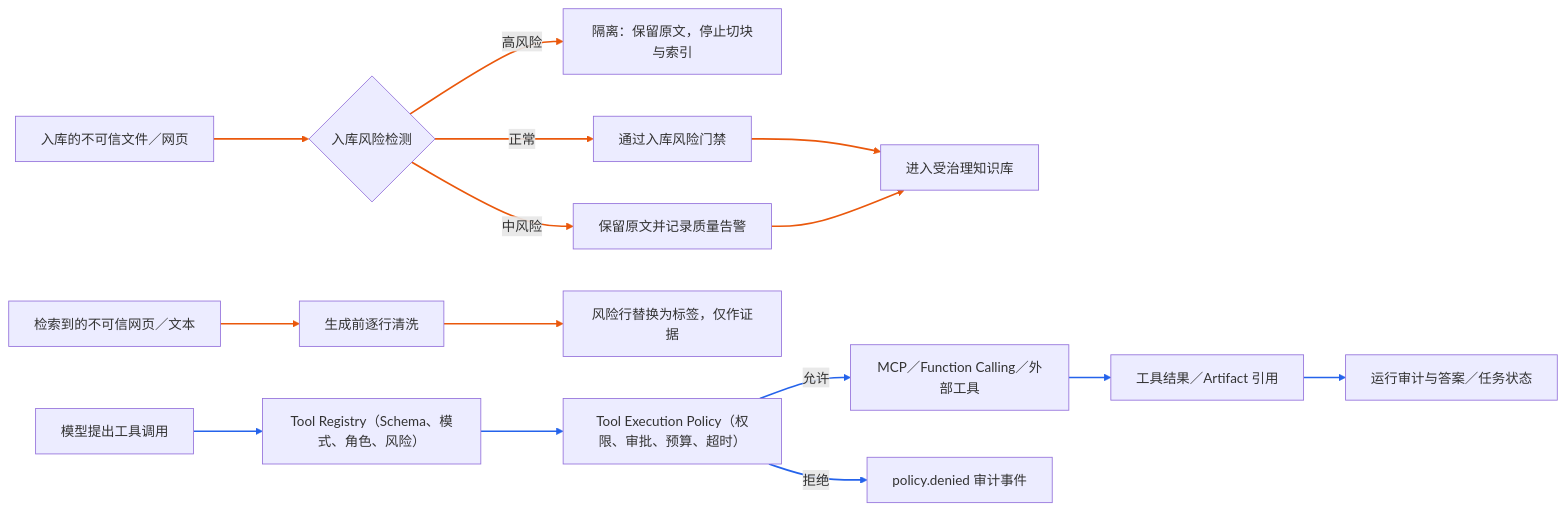
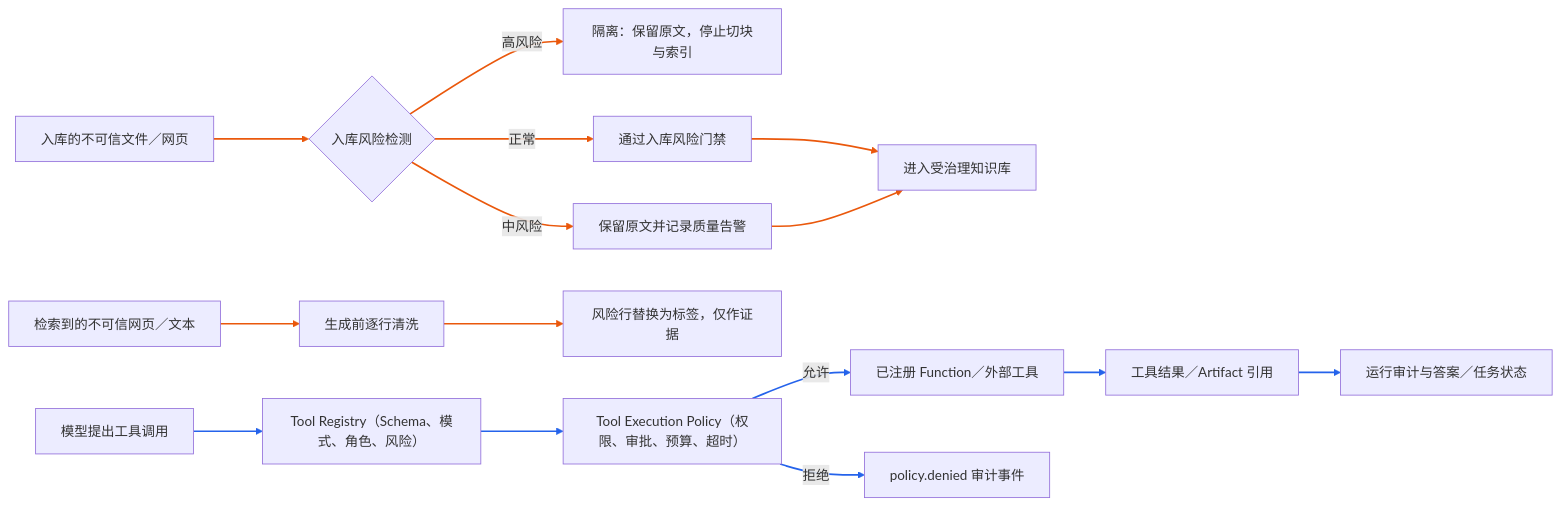
Before and after one commit to monstereatai/RAG: diagram 25 of 29 in docs/interview/功能步骤流程.md, drawn with Mermaid. The commit also changed other lines of this file and 37 other files, not shown here.

````diff
--- a/docs/interview/功能步骤流程.md
+++ b/docs/interview/功能步骤流程.md
@@ -976,19 +1107,19 @@
 ```mermaid
 flowchart LR
   A[入库的不可信文件／网页] --> B{入库风险检测}
   B -->|高风险| C[隔离：保留原文，停止切块与索引]
   B -->|正常| D[通过入库风险门禁]
   B -->|中风险| P[保留原文并记录质量告警]
   D --> E[进入受治理知识库]
   P --> E
   F[检索到的不可信网页／文本] --> G[生成前逐行清洗]
   G --> H[风险行替换为标签，仅作证据]
   I[模型提出工具调用] --> J[Tool Registry（Schema、模式、角色、风险）]
   J --> K[Tool Execution Policy（权限、审批、预算、超时）]
-  K -->|允许| L[MCP／Function Calling／外部工具]
+  K -->|允许| L[已注册 Function／外部工具]
   K -->|拒绝| M[policy.denied 审计事件]
   L --> N[工具结果／Artifact 引用]
   N --> O[运行审计与答案／任务状态]
   linkStyle 0,1,2,3,4,5,6,7 stroke:#ea580c,stroke-width:2px
   linkStyle 8,9,10,11,12,13 stroke:#2563eb,stroke-width:2px
 ```
````
